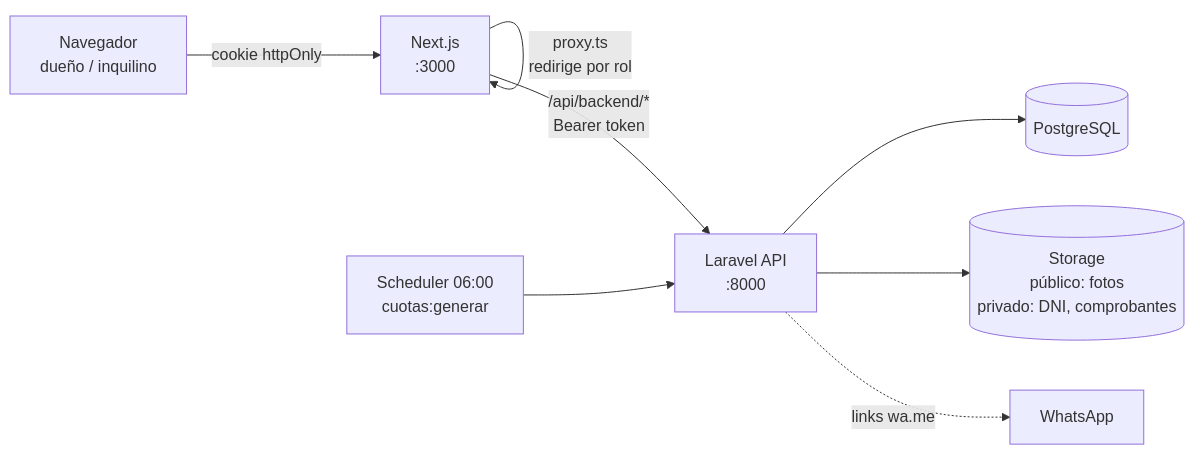
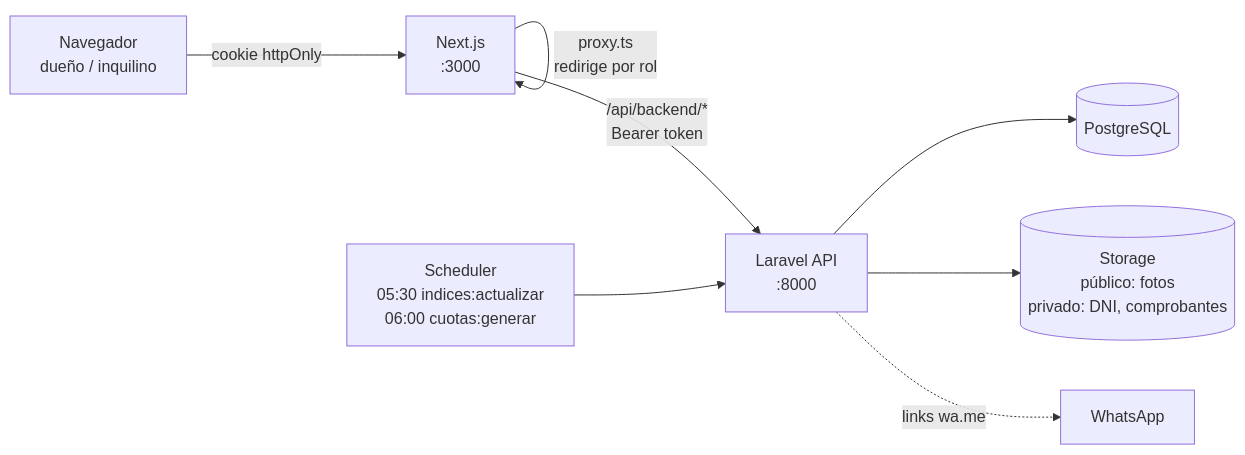
Before and after one commit to eduwavee/timbreapp: the second of 2 diagrams in README.md, drawn with Mermaid. The commit also changed other lines of this file and 85 other files, not shown here.

````diff
--- a/README.md
+++ b/README.md
@@ -218,10 +223,10 @@
 ```mermaid
 flowchart LR
     B[Navegador<br/>dueño / inquilino] -->|cookie httpOnly| N[Next.js<br/>:3000]
     N -->|proxy.ts<br/>redirige por rol| N
     N -->|/api/backend/*<br/>Bearer token| L[Laravel API<br/>:8000]
     L --> P[(PostgreSQL)]
     L --> S[(Storage<br/>público: fotos<br/>privado: DNI, comprobantes)]
     L -.->|links wa.me| W[WhatsApp]
-    C[Scheduler 06:00<br/>cuotas:generar] --> L
+    C[Scheduler<br/>05:30 indices:actualizar<br/>06:00 cuotas:generar] --> L
 ```
````
